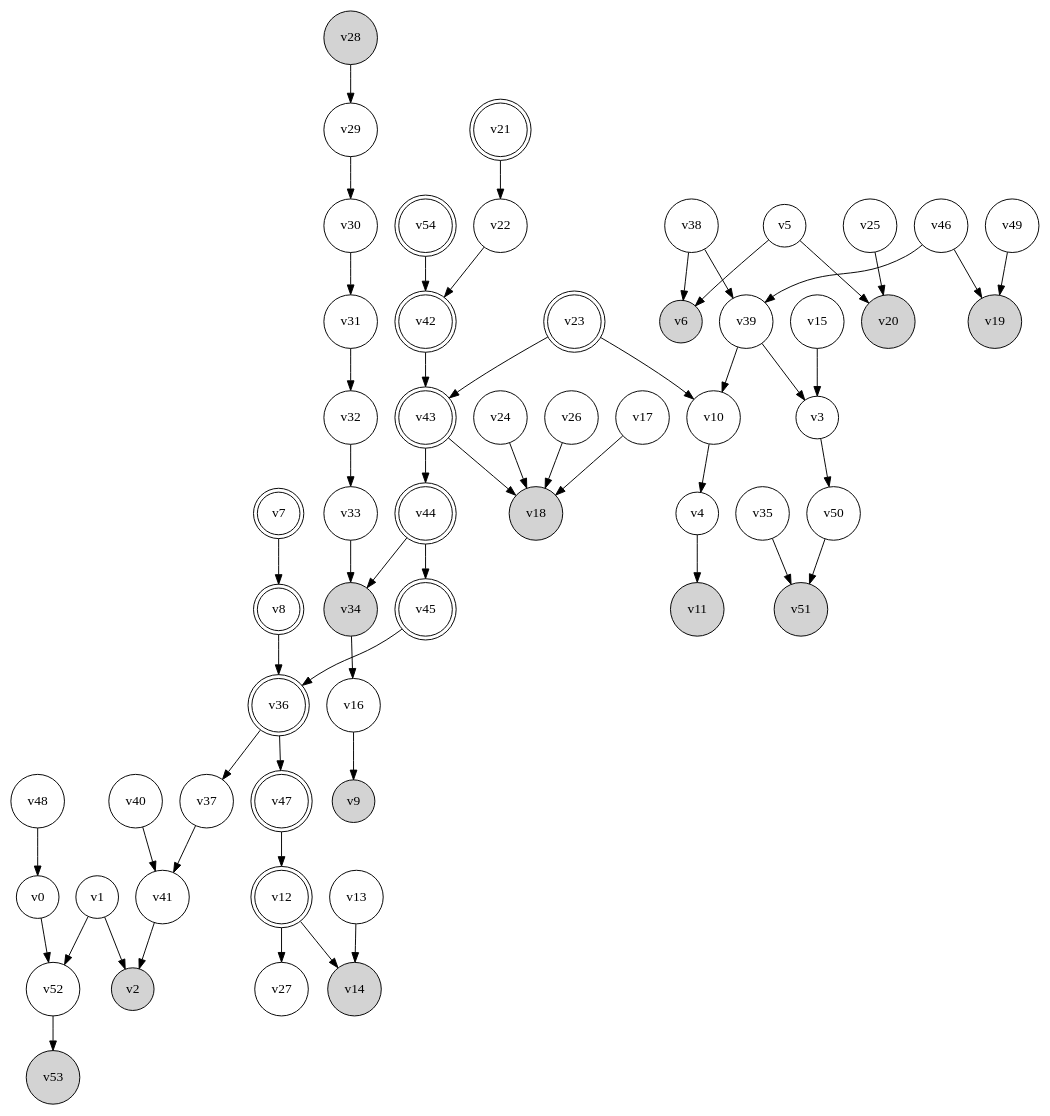
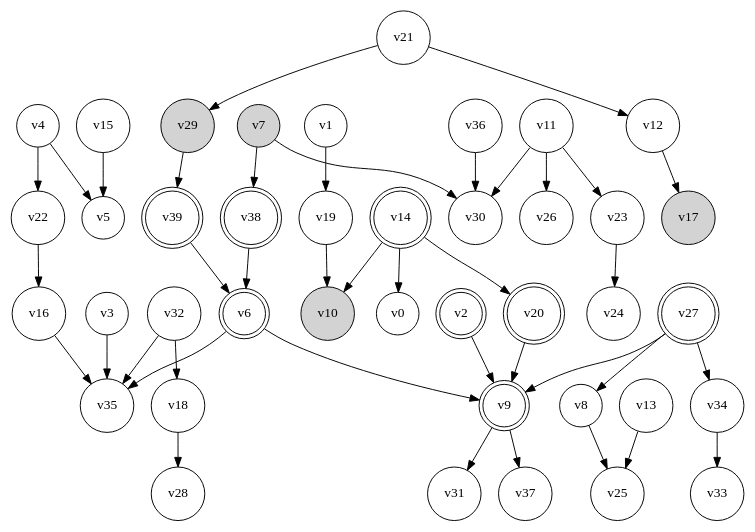
The diagram in examples/polytreeTBN/polytree.gv (arthurhaiying/TestingBayesianNetwork), drawn with Graphviz before and after one commit. The commit also changed 116 other files, not shown here.

```diff
--- a/examples/polytreeTBN/polytree.gv
+++ b/examples/polytreeTBN/polytree.gv
@@ -1,112 +1,82 @@
 digraph {
 	rankdir=TD
 	v0 [shape=circle]
 	v1 [shape=circle]
-	v2 [shape=circle style=filled]
+	v2 [shape=doublecircle]
 	v3 [shape=circle]
 	v4 [shape=circle]
 	v5 [shape=circle]
-	v6 [shape=circle style=filled]
-	v7 [shape=doublecircle]
-	v8 [shape=doublecircle]
-	v9 [shape=circle style=filled]
-	v10 [shape=circle]
-	v11 [shape=circle style=filled]
-	v12 [shape=doublecircle]
+	v6 [shape=doublecircle]
+	v7 [shape=circle style=filled]
+	v8 [shape=circle]
+	v9 [shape=doublecircle]
+	v10 [shape=circle style=filled]
+	v11 [shape=circle]
+	v12 [shape=circle]
 	v13 [shape=circle]
-	v14 [shape=circle style=filled]
+	v14 [shape=doublecircle]
 	v15 [shape=circle]
 	v16 [shape=circle]
-	v17 [shape=circle]
-	v18 [shape=circle style=filled]
-	v19 [shape=circle style=filled]
-	v20 [shape=circle style=filled]
-	v21 [shape=doublecircle]
+	v17 [shape=circle style=filled]
+	v18 [shape=circle]
+	v19 [shape=circle]
+	v20 [shape=doublecircle]
+	v21 [shape=circle]
 	v22 [shape=circle]
-	v23 [shape=doublecircle]
+	v23 [shape=circle]
 	v24 [shape=circle]
 	v25 [shape=circle]
 	v26 [shape=circle]
-	v27 [shape=circle]
-	v28 [shape=circle style=filled]
-	v29 [shape=circle]
+	v27 [shape=doublecircle]
+	v28 [shape=circle]
+	v29 [shape=circle style=filled]
 	v30 [shape=circle]
 	v31 [shape=circle]
 	v32 [shape=circle]
 	v33 [shape=circle]
-	v34 [shape=circle style=filled]
+	v34 [shape=circle]
 	v35 [shape=circle]
-	v36 [shape=doublecircle]
+	v36 [shape=circle]
 	v37 [shape=circle]
-	v38 [shape=circle]
-	v39 [shape=circle]
-	v40 [shape=circle]
-	v41 [shape=circle]
-	v42 [shape=doublecircle]
-	v43 [shape=doublecircle]
-	v44 [shape=doublecircle]
-	v45 [shape=doublecircle]
-	v46 [shape=circle]
-	v47 [shape=doublecircle]
-	v48 [shape=circle]
-	v49 [shape=circle]
-	v50 [shape=circle]
-	v51 [shape=circle style=filled]
-	v52 [shape=circle]
-	v53 [shape=circle style=filled]
-	v54 [shape=doublecircle]
-	v0 -> v52
-	v1 -> v52
-	v1 -> v2
-	v3 -> v50
-	v4 -> v11
-	v5 -> v6
-	v5 -> v20
-	v7 -> v8
-	v8 -> v36
-	v10 -> v4
-	v12 -> v14
-	v12 -> v27
-	v13 -> v14
-	v15 -> v3
-	v16 -> v9
-	v17 -> v18
-	v21 -> v22
-	v22 -> v42
-	v23 -> v10
-	v23 -> v43
-	v24 -> v18
-	v25 -> v20
-	v26 -> v18
-	v28 -> v29
-	v29 -> v30
-	v30 -> v31
-	v31 -> v32
-	v32 -> v33
-	v33 -> v34
-	v34 -> v16
-	v35 -> v51
-	v36 -> v37
-	v36 -> v47
-	v37 -> v41
-	v38 -> v39
+	v38 [shape=doublecircle]
+	v39 [shape=doublecircle]
+	v1 -> v19
+	v2 -> v9
+	v3 -> v35
+	v4 -> v5
+	v4 -> v22
+	v6 -> v35
+	v6 -> v9
+	v7 -> v30
+	v7 -> v38
+	v8 -> v25
+	v9 -> v31
+	v9 -> v37
+	v11 -> v23
+	v11 -> v26
+	v11 -> v30
+	v12 -> v17
+	v13 -> v25
+	v14 -> v20
+	v14 -> v10
+	v14 -> v0
+	v15 -> v5
+	v16 -> v35
+	v18 -> v28
+	v19 -> v10
+	v20 -> v9
+	v21 -> v29
+	v21 -> v12
+	v22 -> v16
+	v23 -> v24
+	v27 -> v8
+	v27 -> v34
+	v27 -> v9
+	v29 -> v39
+	v32 -> v35
+	v32 -> v18
+	v34 -> v33
+	v36 -> v30
 	v38 -> v6
-	v39 -> v3
-	v39 -> v10
-	v40 -> v41
-	v41 -> v2
-	v42 -> v43
-	v43 -> v18
-	v43 -> v44
-	v44 -> v45
-	v44 -> v34
-	v45 -> v36
-	v46 -> v39
-	v46 -> v19
-	v47 -> v12
-	v48 -> v0
-	v49 -> v19
-	v50 -> v51
-	v52 -> v53
-	v54 -> v42
+	v39 -> v6
 }
```
